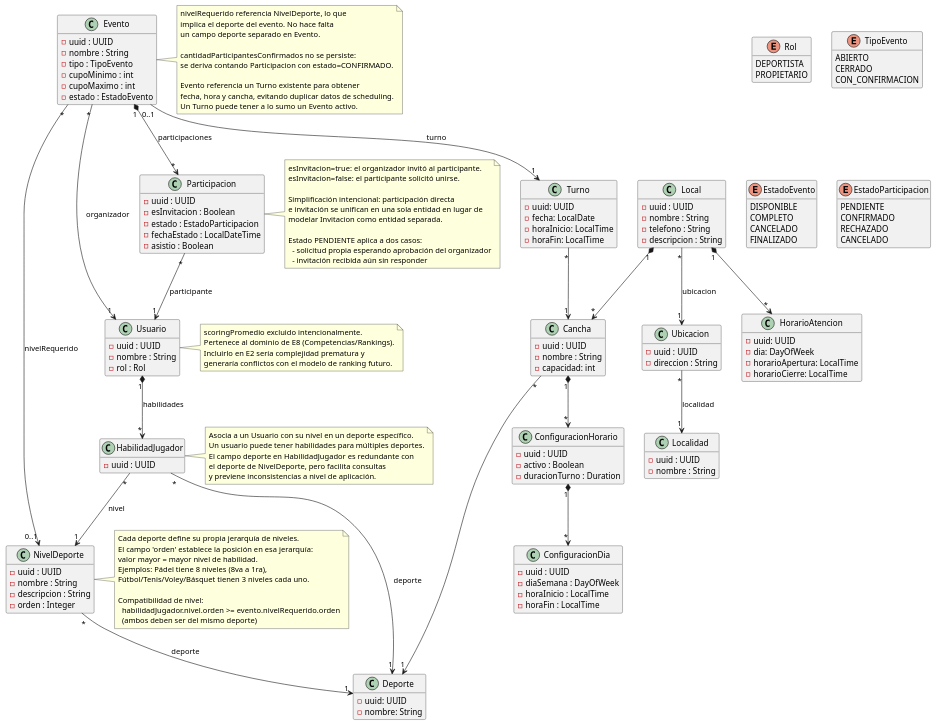
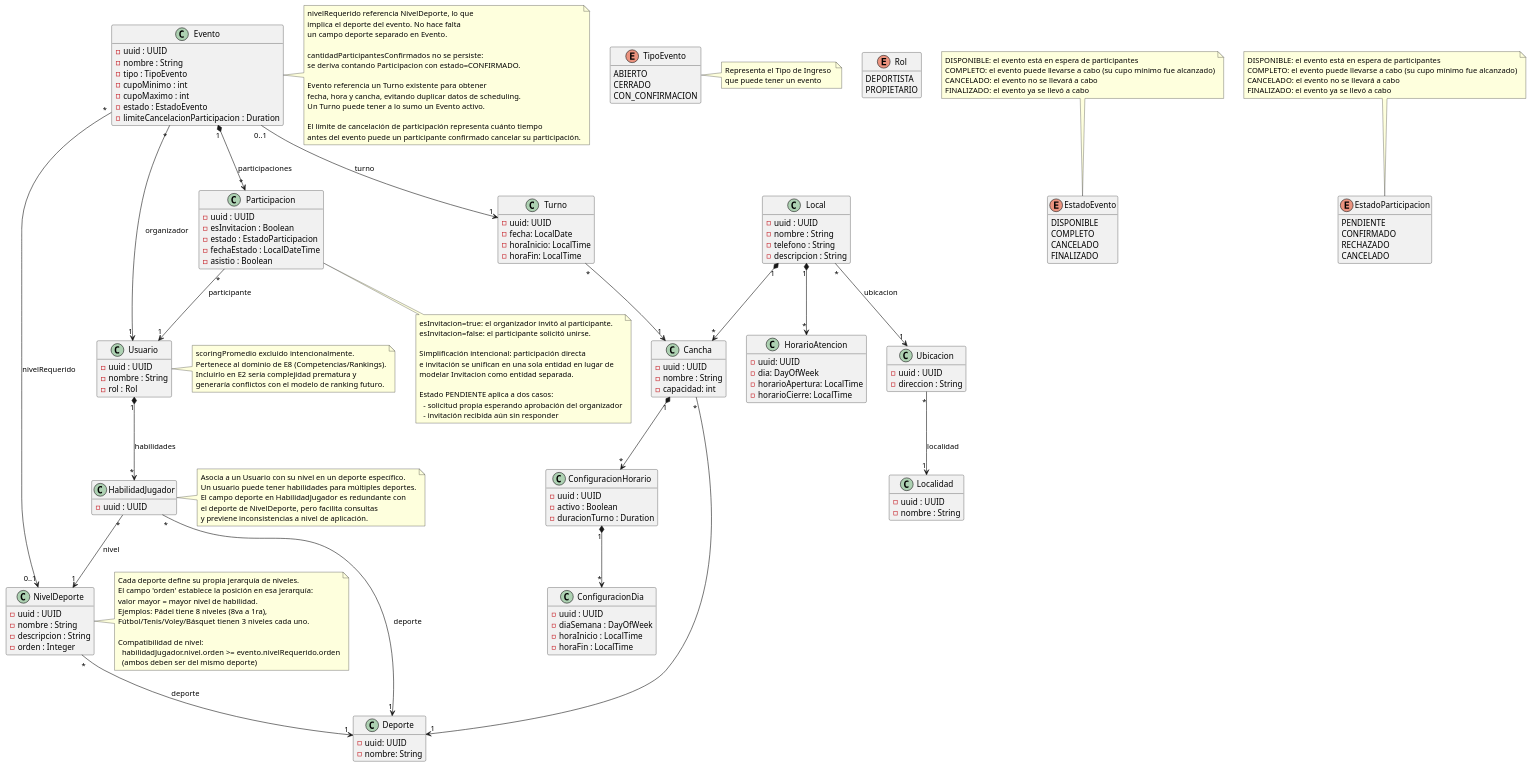
Before and after one commit to cozakoo/sale_partido: the diagram in documentation/diagrams/model.puml, drawn with PlantUML.

Commit message:
feat: modelo de datos para la historia de usuario

```diff
--- a/documentation/diagrams/model.puml
+++ b/documentation/diagrams/model.puml
@@ -114,6 +114,9 @@
   generaría conflictos con el modelo de ranking futuro.
 end note
 
+' Ahora mismo no se esta usando ni es necesario
+' Probablemente se revisará recién cuando se necesite
+' login o autorización de acciones o visibilidad.
 enum Rol {
     DEPORTISTA
     PROPIETARIO
@@ -126,6 +129,7 @@
     - cupoMinimo : int
     - cupoMaximo : int
     - estado : EstadoEvento
+    - limiteCancelacionParticipacion : Duration
 }
 
 note right of Evento
@@ -139,6 +143,9 @@
   Evento referencia un Turno existente para obtener
   fecha, hora y cancha, evitando duplicar datos de scheduling.
   Un Turno puede tener a lo sumo un Evento activo.
+
+  El límite de cancelación de participación representa cuánto tiempo
+  antes del evento puede un participante confirmado cancelar su participación.
 end note
 
 enum TipoEvento {
@@ -147,12 +154,24 @@
     CON_CONFIRMACION
 }
 
+note right of TipoEvento
+  Representa el Tipo de Ingreso 
+  que puede tener un evento
+end note
+
 enum EstadoEvento {
     DISPONIBLE
     COMPLETO
     CANCELADO
     FINALIZADO
 }
+
+note top of EstadoEvento
+  DISPONIBLE: el evento está en espera de participantes
+  COMPLETO: el evento puede llevarse a cabo (su cupo mínimo fue alcanzado)
+  CANCELADO: el evento no se llevará a cabo 
+  FINALIZADO: el evento ya se llevó a cabo
+end note
 
 class Participacion {
     - uuid : UUID
@@ -162,7 +181,7 @@
     - asistio : Boolean
 }
 
-note right of Participacion
+note bottom of Participacion
   esInvitacion=true: el organizador invitó al participante.
   esInvitacion=false: el participante solicitó unirse.
 
@@ -182,6 +201,12 @@
     CANCELADO
 }
 
+note top of EstadoParticipacion
+  DISPONIBLE: el evento está en espera de participantes
+  COMPLETO: el evento puede llevarse a cabo (su cupo mínimo fue alcanzado)
+  CANCELADO: el evento no se llevará a cabo 
+  FINALIZADO: el evento ya se llevó a cabo
+end note
 
 ' =====================================================
 ' Relaciones — E1–E4
```
